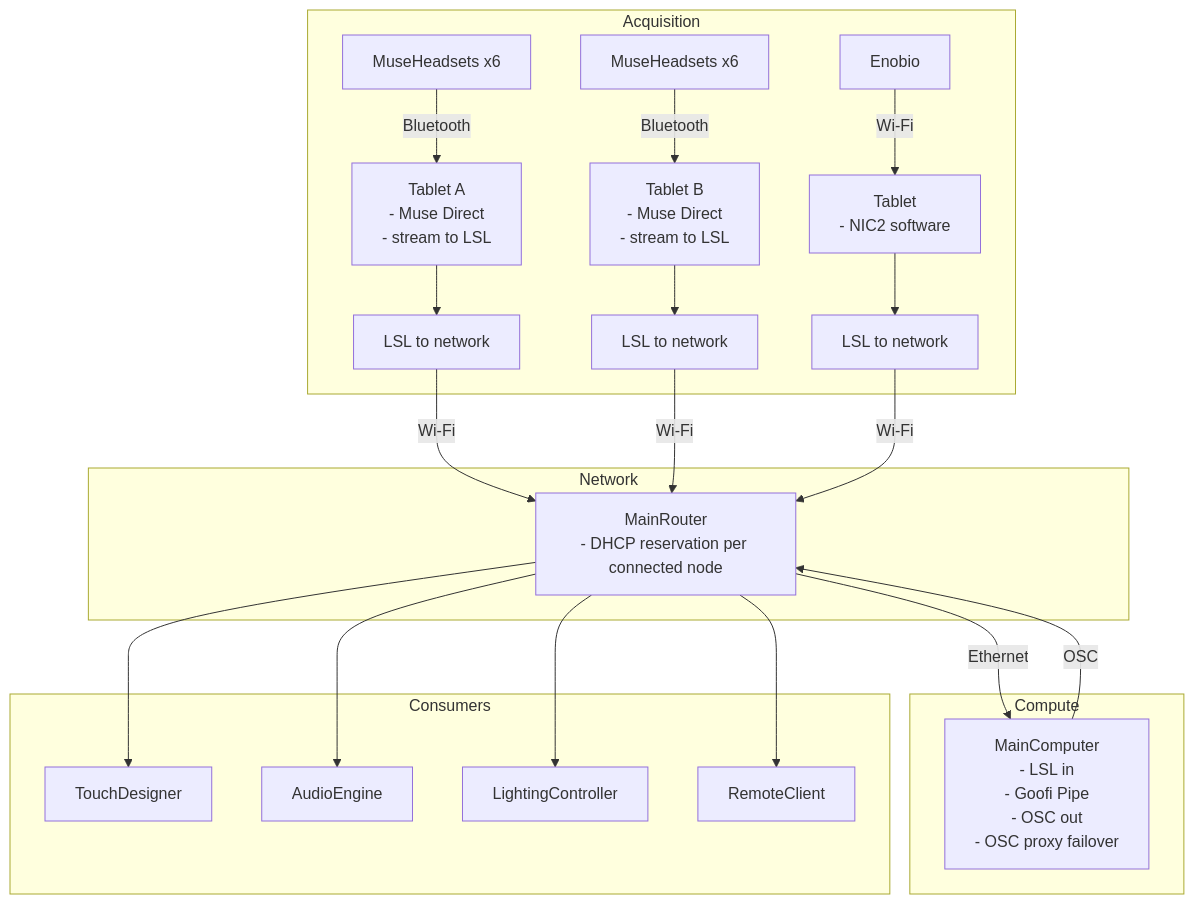
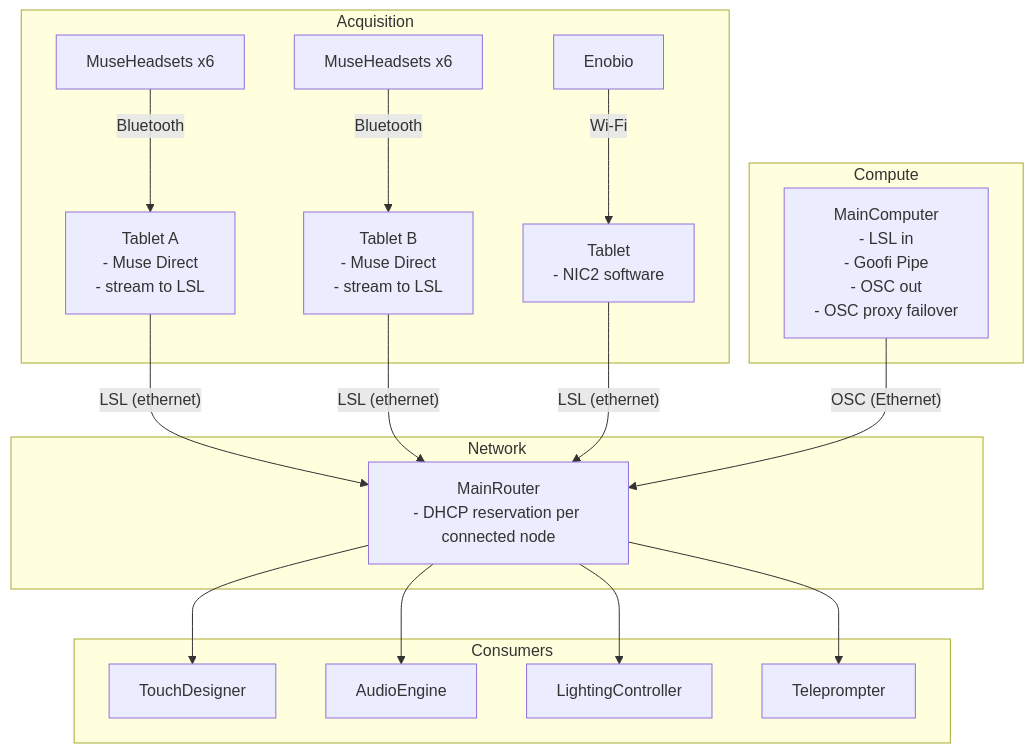
Before and after one commit to FranckPrts/neuro-theater-eeg: the diagram in README.md, drawn with Mermaid.

Commit message:
(docs) diagram

````diff
--- a/README.md
+++ b/README.md
@@ -27,45 +27,38 @@
 ```mermaid
 flowchart TD
   subgraph acquisition [Acquisition]
     enobio[Enobio]
     tabletNic2["Tablet\n- NIC2 software"]
     museHeadsets6A[MuseHeadsets x6]
     museHeadsets6[MuseHeadsets x6]
     tabletMuseA["Tablet A\n- Muse Direct\n- stream to LSL"]
     tabletMuseB["Tablet B\n- Muse Direct\n- stream to LSL"]
-    lslToNetworkA[LSL to network]
-    lslToNetworkB[LSL to network]
-    lslToNetworkEnobio[LSL to network]
     enobio -->|"Wi-Fi"| tabletNic2
-    tabletNic2 --> lslToNetworkEnobio
     museHeadsets6A -->|"Bluetooth"| tabletMuseA
     museHeadsets6 -->|"Bluetooth"| tabletMuseB
-    tabletMuseA --> lslToNetworkA
-    tabletMuseB --> lslToNetworkB
   end
 
   subgraph network [Network]
     mainRouter["MainRouter\n- DHCP reservation per connected node"]
   end
 
   subgraph compute [Compute]
     mainComputer["MainComputer\n- LSL in\n- Goofi Pipe\n- OSC out\n- OSC proxy failover"]
   end
 
   subgraph consumers [Consumers]
     touchDesigner[TouchDesigner]
     audioEngine[AudioEngine]
     lightingController[LightingController]
-    remoteClient[RemoteClient]
+    telepromter[Teleprompter]
   end
 
-  lslToNetworkA -->|"Wi-Fi"| mainRouter
-  lslToNetworkB -->|"Wi-Fi"| mainRouter
-  lslToNetworkEnobio -->|"Wi-Fi"| mainRouter
-  mainRouter -->|"Ethernet"| mainComputer
-  mainComputer -->|"OSC"| mainRouter
+  tabletMuseA -->|"LSL (ethernet)"| mainRouter
+  tabletMuseB -->|"LSL (ethernet)"| mainRouter
+  tabletNic2 -->|"LSL (ethernet)"| mainRouter
+  mainComputer -->|"OSC (Ethernet)"| mainRouter
   mainRouter --> touchDesigner
   mainRouter --> audioEngine
   mainRouter --> lightingController
-  mainRouter --> remoteClient
+  mainRouter --> telepromter
 ```
````
